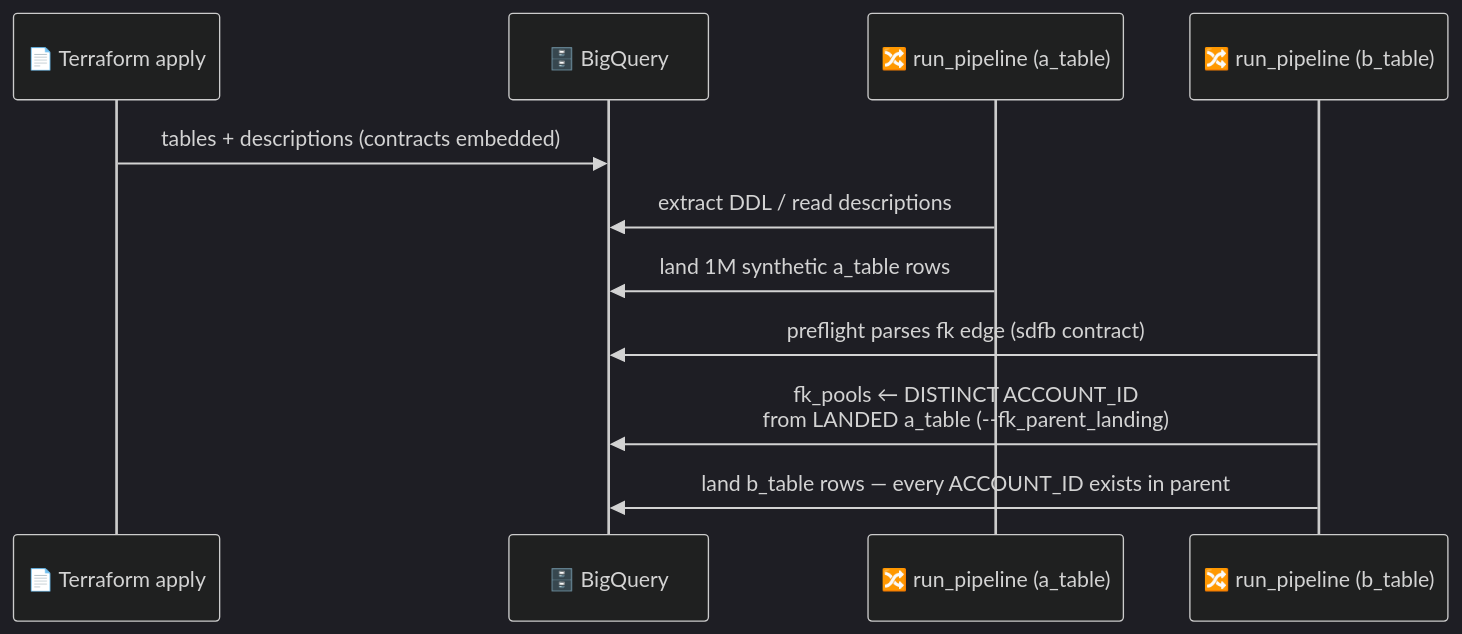
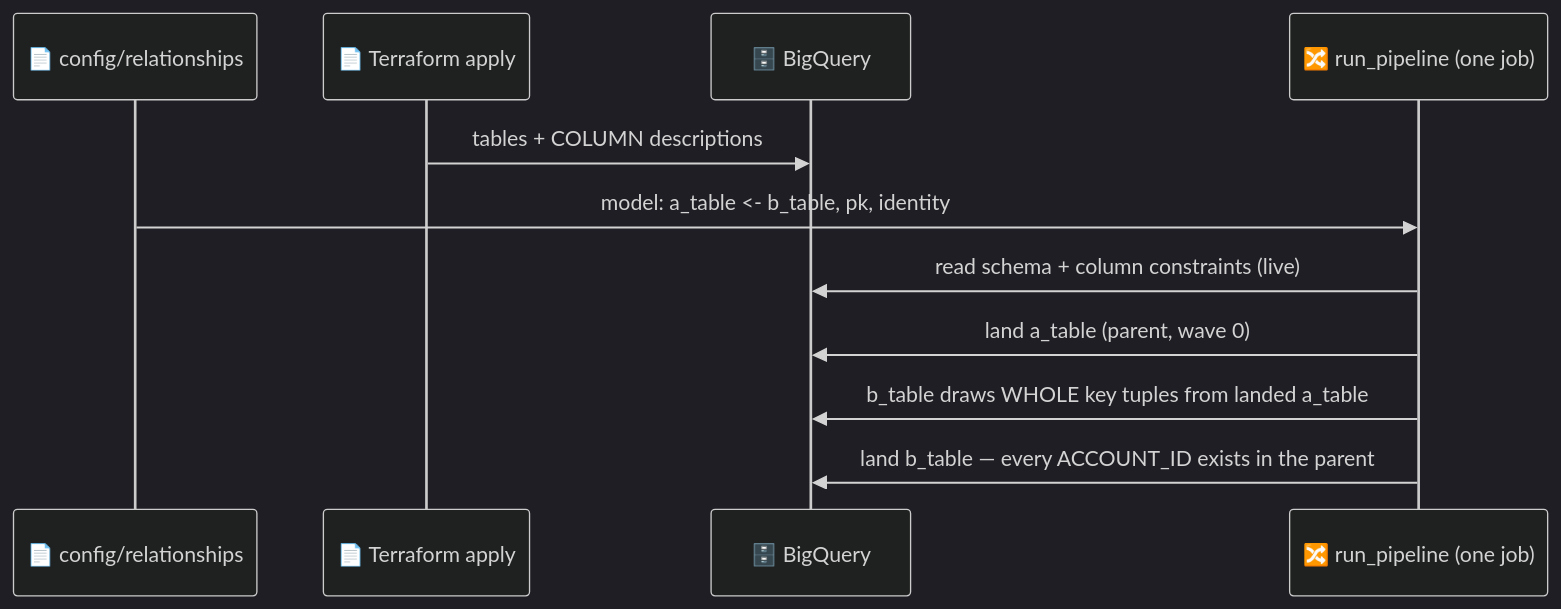
Before and after one commit to albertols/synthetic-llm-dataflow-bigquery: the second of 2 diagrams in docs/DDL_CONTRACT_GUIDE.md, drawn with Mermaid (dark theme). The commit also changed other lines of this file and 55 other files, not shown here.

````diff
--- a/docs/DDL_CONTRACT_GUIDE.md
+++ b/docs/DDL_CONTRACT_GUIDE.md
@@ -404,14 +363,14 @@
 ```mermaid
 sequenceDiagram
+    participant REL as 📄 config/relationships
     participant TF as 📄 Terraform apply
     participant BQ as 🗄️ BigQuery
-    participant P1 as 🔀 run_pipeline (a_table)
-    participant P2 as 🔀 run_pipeline (b_table)
+    participant P as 🔀 run_pipeline (one job)
 
-    TF->>BQ: tables + descriptions (contracts embedded)
-    P1->>BQ: extract DDL / read descriptions
-    P1->>BQ: land 1M synthetic a_table rows
-    P2->>BQ: preflight parses fk edge (sdfb contract)
-    P2->>BQ: fk_pools ← DISTINCT ACCOUNT_ID<br/>from LANDED a_table (--fk_parent_landing)
-    P2->>BQ: land b_table rows — every ACCOUNT_ID exists in parent
+    TF->>BQ: tables + COLUMN descriptions
+    REL->>P: model: a_table <- b_table, pk, identity
+    P->>BQ: read schema + column constraints (live)
+    P->>BQ: land a_table (parent, wave 0)
+    P->>BQ: b_table draws WHOLE key tuples from landed a_table
+    P->>BQ: land b_table — every ACCOUNT_ID exists in the parent
 ```
````
